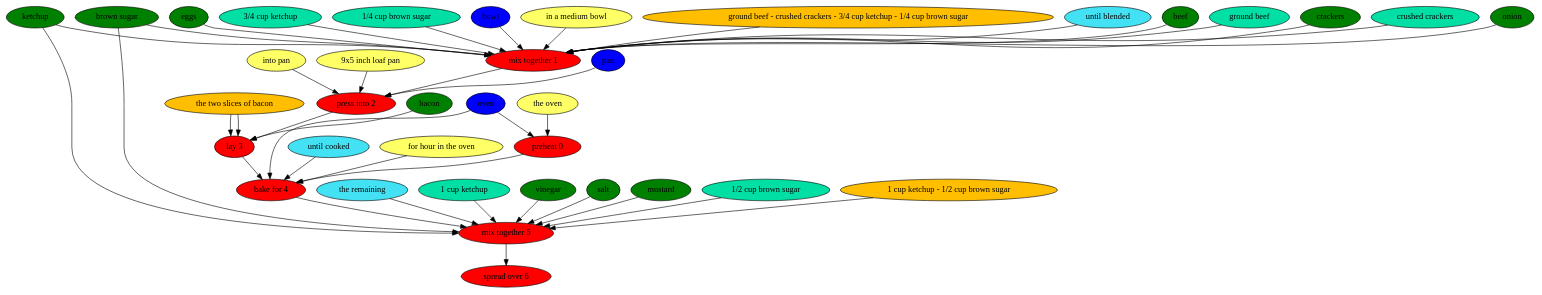
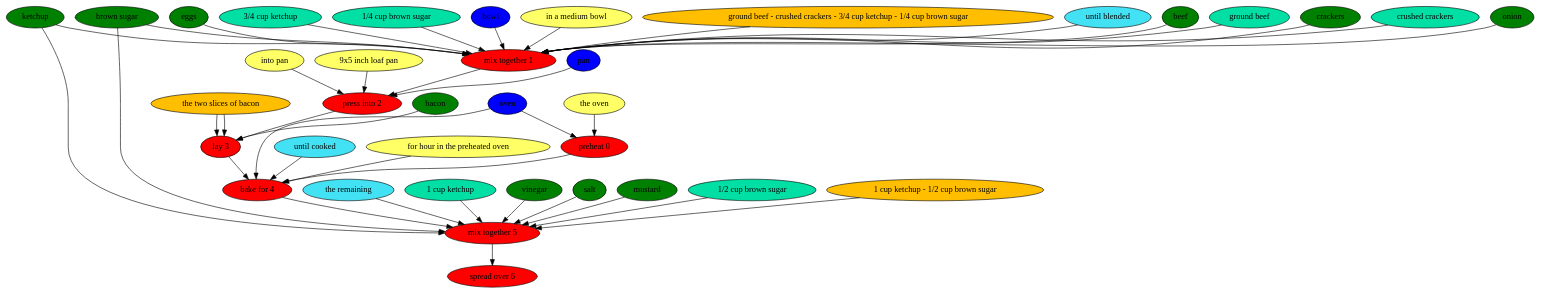
The diagram in results/paper/amish-meatloaf.dot (can-keklik/RecipePostagger), drawn with Graphviz before and after one commit. The commit also changed 9 other files, not shown here.

```diff
--- a/results/paper/amish-meatloaf.dot
+++ b/results/paper/amish-meatloaf.dot
@@ -1,83 +1,83 @@
 digraph G {
 "preheat 0" [style=filled, fillcolor=red];
 oven [style=filled, fillcolor="#0000ff"];
 oven -> "preheat 0";
 "the oven" [style=filled, fillcolor="#ffff66"];
 "the oven" -> "preheat 0";
 "mix together 1" [style=filled, fillcolor=red];
 "until blended" [style=filled, fillcolor="#42e2f4"];
 "until blended" -> "mix together 1";
 beef [style=filled, fillcolor=green];
 beef -> "mix together 1";
 "ground beef" [style=filled, fillcolor="#01DFA5"];
 "ground beef" -> "mix together 1";
 crackers [style=filled, fillcolor=green];
 crackers -> "mix together 1";
 "crushed crackers" [style=filled, fillcolor="#01DFA5"];
 "crushed crackers" -> "mix together 1";
 onion [style=filled, fillcolor=green];
 onion -> "mix together 1";
 eggs [style=filled, fillcolor=green];
 eggs -> "mix together 1";
 ketchup [style=filled, fillcolor=green];
 ketchup -> "mix together 1";
 "3/4 cup ketchup" [style=filled, fillcolor="#01DFA5"];
 "3/4 cup ketchup" -> "mix together 1";
 "brown sugar" [style=filled, fillcolor=green];
 "brown sugar" -> "mix together 1";
 "1/4 cup brown sugar" [style=filled, fillcolor="#01DFA5"];
 "1/4 cup brown sugar" -> "mix together 1";
 bowl [style=filled, fillcolor="#0000ff"];
 bowl -> "mix together 1";
 "in a medium bowl" [style=filled, fillcolor="#ffff66"];
 "in a medium bowl" -> "mix together 1";
 "ground beef - crushed crackers - 3/4 cup ketchup - 1/4 cup brown sugar" [style=filled, fillcolor="#FFBF00"];
 "ground beef - crushed crackers - 3/4 cup ketchup - 1/4 cup brown sugar" -> "mix together 1";
 "press into 2" [style=filled, fillcolor=red];
 pan [style=filled, fillcolor="#0000ff"];
 pan -> "press into 2";
 "into pan" [style=filled, fillcolor="#ffff66"];
 "into pan" -> "press into 2";
 "9x5 inch loaf pan" [style=filled, fillcolor="#ffff66"];
 "9x5 inch loaf pan" -> "press into 2";
 "lay 3" [style=filled, fillcolor=red];
 bacon [style=filled, fillcolor=green];
 bacon -> "lay 3";
 "the two slices of bacon" [style=filled, fillcolor="#01DFA5"];
 "the two slices of bacon" -> "lay 3";
 "the two slices of bacon" [style=filled, fillcolor="#FFBF00"];
 "the two slices of bacon" -> "lay 3";
 "bake for 4" [style=filled, fillcolor=red];
 "until cooked" [style=filled, fillcolor="#42e2f4"];
 "until cooked" -> "bake for 4";
 oven [style=filled, fillcolor="#0000ff"];
 oven -> "bake for 4";
-"for hour in the oven" [style=filled, fillcolor="#ffff66"];
-"for hour in the oven" -> "bake for 4";
+"for hour in the preheated oven" [style=filled, fillcolor="#ffff66"];
+"for hour in the preheated oven" -> "bake for 4";
 "mix together 5" [style=filled, fillcolor=red];
 "the remaining" [style=filled, fillcolor="#42e2f4"];
 "the remaining" -> "mix together 5";
 ketchup [style=filled, fillcolor=green];
 ketchup -> "mix together 5";
 "1 cup ketchup" [style=filled, fillcolor="#01DFA5"];
 "1 cup ketchup" -> "mix together 5";
 vinegar [style=filled, fillcolor=green];
 vinegar -> "mix together 5";
 salt [style=filled, fillcolor=green];
 salt -> "mix together 5";
 mustard [style=filled, fillcolor=green];
 mustard -> "mix together 5";
 "brown sugar" [style=filled, fillcolor=green];
 "brown sugar" -> "mix together 5";
 "1/2 cup brown sugar" [style=filled, fillcolor="#01DFA5"];
 "1/2 cup brown sugar" -> "mix together 5";
 "1 cup ketchup - 1/2 cup brown sugar" [style=filled, fillcolor="#FFBF00"];
 "1 cup ketchup - 1/2 cup brown sugar" -> "mix together 5";
 "spread over 6" [style=filled, fillcolor=red];
 "preheat 0" -> "bake for 4";
 "mix together 1" -> "press into 2";
 "press into 2" -> "lay 3";
 "lay 3" -> "bake for 4";
 "bake for 4" -> "mix together 5";
 "mix together 5" -> "spread over 6";
 }
```
